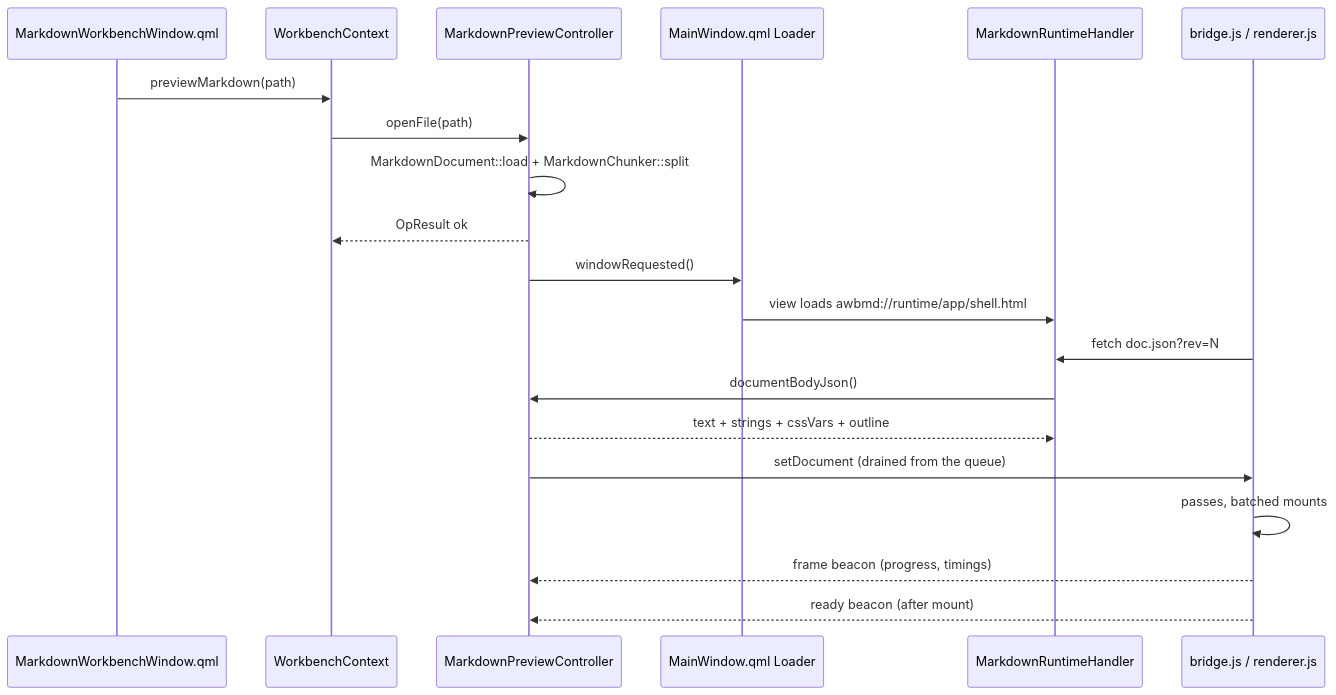
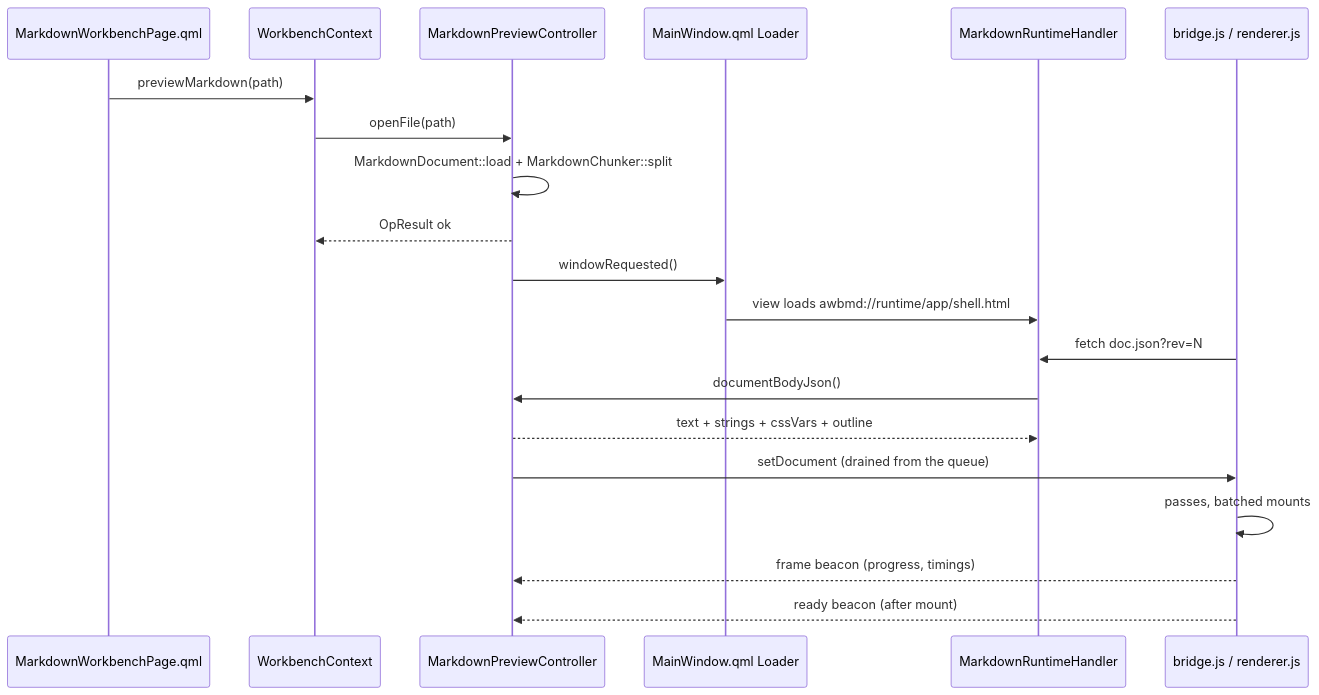
The fourth of 4 diagrams in docs/development/markdown-workbench.md (czyt1988/AgentWorkbench), drawn with Mermaid before and after one commit. The commit also changed other lines of this file and 31 other files, not shown here.

First line of the commit message:
docs: the workbench as a page - Agent Tools group, right panel, ribbon fix

````diff
--- a/docs/development/markdown-workbench.md
+++ b/docs/development/markdown-workbench.md
@@ -519,23 +518,23 @@
 ```mermaid
 sequenceDiagram
-    participant Tree as MarkdownWorkbenchWindow.qml
+    participant Tree as MarkdownWorkbenchPage.qml
     participant WC as WorkbenchContext
     participant MC as MarkdownPreviewController
     participant MW as MainWindow.qml Loader
     participant SH as MarkdownRuntimeHandler
     participant Page as bridge.js / renderer.js
 
     Tree->>WC: previewMarkdown(path)
     WC->>MC: openFile(path)
     MC->>MC: MarkdownDocument::load + MarkdownChunker::split
     MC-->>WC: OpResult ok
     MC->>MW: windowRequested()
     MW->>SH: view loads awbmd://runtime/app/shell.html
     Page->>SH: fetch doc.json?rev=N
     SH->>MC: documentBodyJson()
     MC-->>SH: text + strings + cssVars + outline
     MC->>Page: setDocument (drained from the queue)
     Page->>Page: passes, batched mounts
     Page-->>MC: frame beacon (progress, timings)
     Page-->>MC: ready beacon (after mount)
 ```
````
